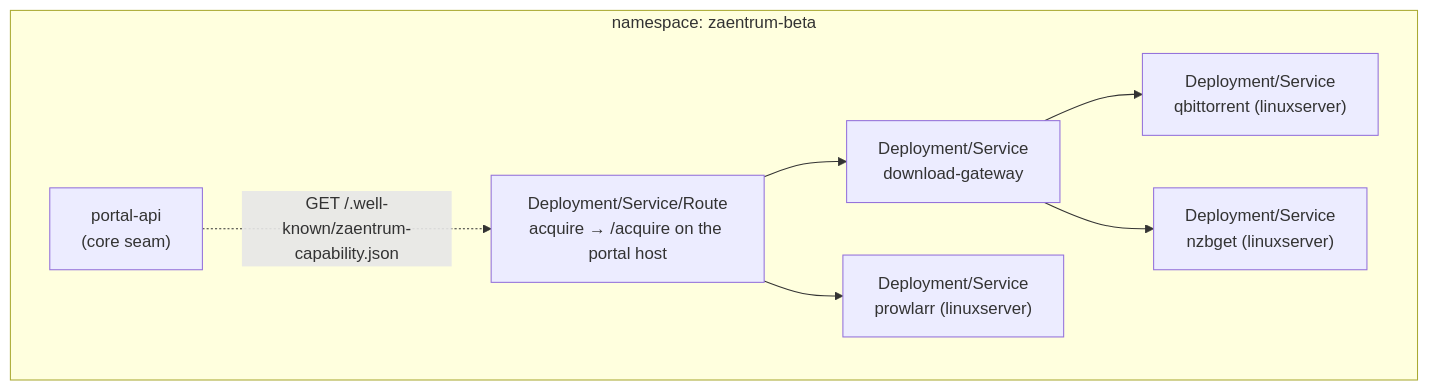
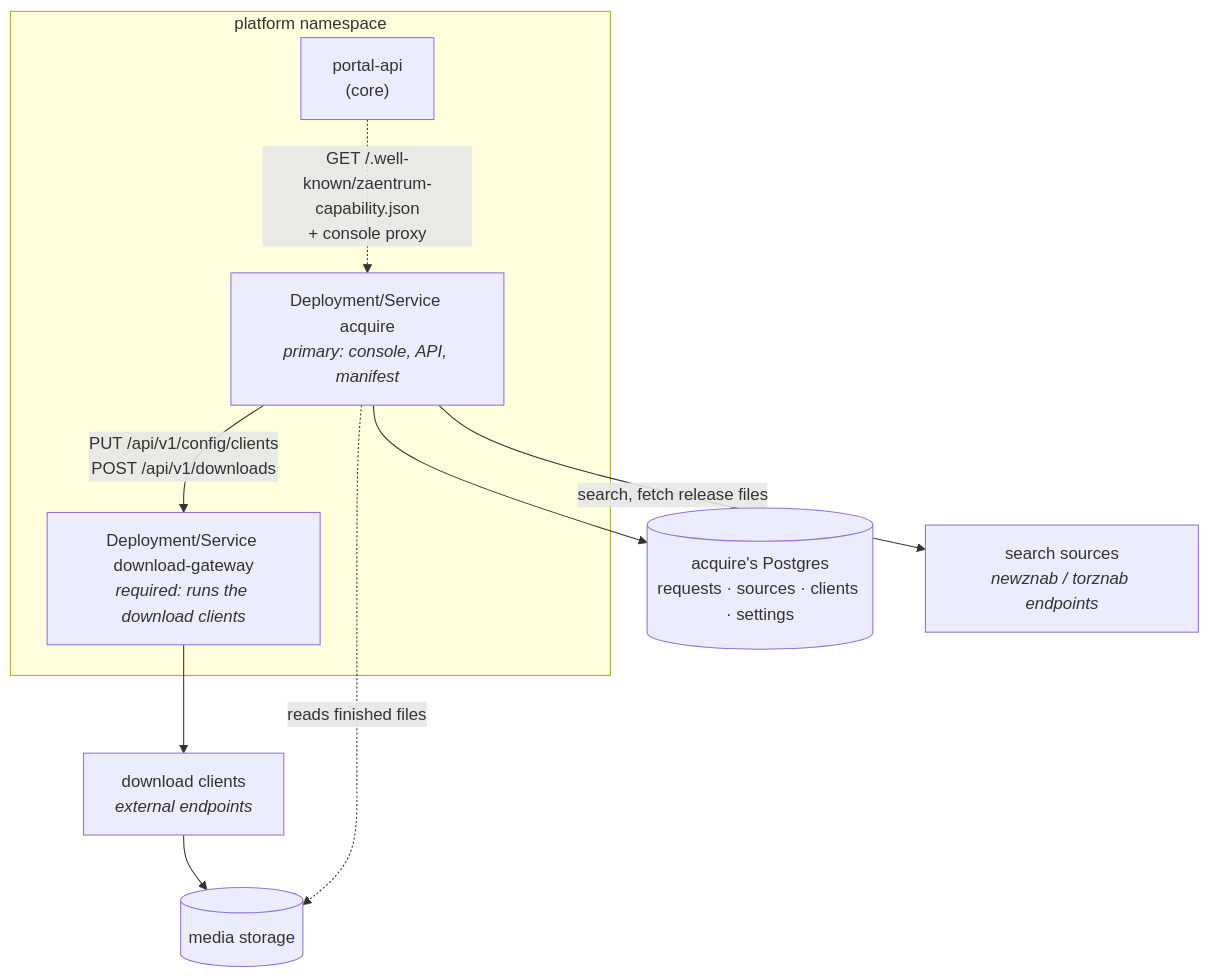
One commit to laedeli/acquire changed the diagram in docs/deploying.md. Above: the diagram before and after it, drawn with Mermaid. The commit also changed other lines of this file and 7 other files, not shown here.

````diff
--- a/docs/deploying.md
+++ b/docs/deploying.md
@@ -33,14 +14,20 @@
 ```mermaid
 flowchart TB
-    subgraph ns["namespace: zaentrum-beta"]
-        ACQ["Deployment/Service/Route<br/>acquire → /acquire on the portal host"]
-        GW["Deployment/Service<br/>download-gateway"]
-        QB["Deployment/Service<br/>qbittorrent (linuxserver)"]
-        NZ["Deployment/Service<br/>nzbget (linuxserver)"]
-        PR["Deployment/Service<br/>prowlarr (linuxserver)"]
-        PAPI["portal-api<br/>(core seam)"]
+    subgraph ns["platform namespace"]
+        ACQ["Deployment/Service acquire<br/><i>primary: console, API, manifest</i>"]
+        GW["Deployment/Service download-gateway<br/><i>required: runs the download clients</i>"]
+        PAPI["portal-api<br/>(core)"]
     end
-    ACQ --> GW --> QB & NZ
-    ACQ --> PR
-    PAPI -.->|"GET /.well-known/zaentrum-capability.json"| ACQ
+    DB[("acquire's Postgres<br/>requests · sources · clients · settings")]
+    SRC["search sources<br/><i>newznab / torznab endpoints</i>"]
+    DC["download clients<br/><i>external endpoints</i>"]
+    MEDIA[("media storage")]
+
+    PAPI -.->|"GET /.well-known/zaentrum-capability.json<br/>+ console proxy"| ACQ
+    ACQ --> DB
+    ACQ -->|"search, fetch release files"| SRC
+    ACQ -->|"PUT /api/v1/config/clients<br/>POST /api/v1/downloads"| GW
+    GW --> DC
+    DC --> MEDIA
+    ACQ -.->|"reads finished files"| MEDIA
 ```
````
